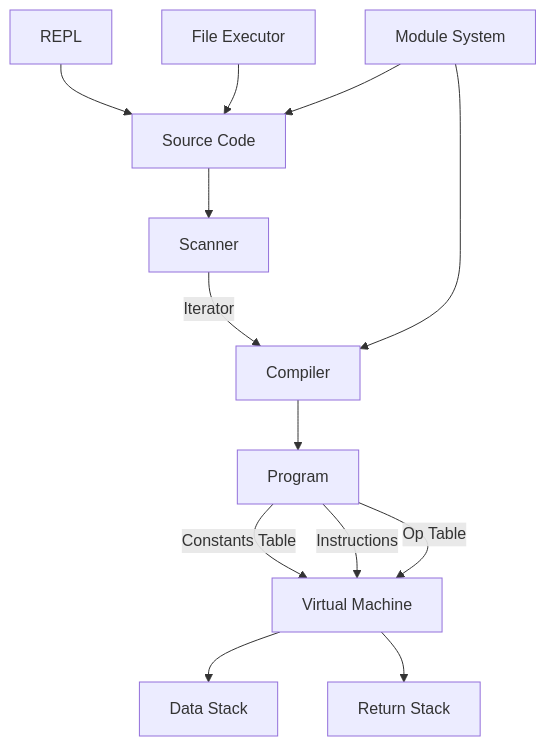
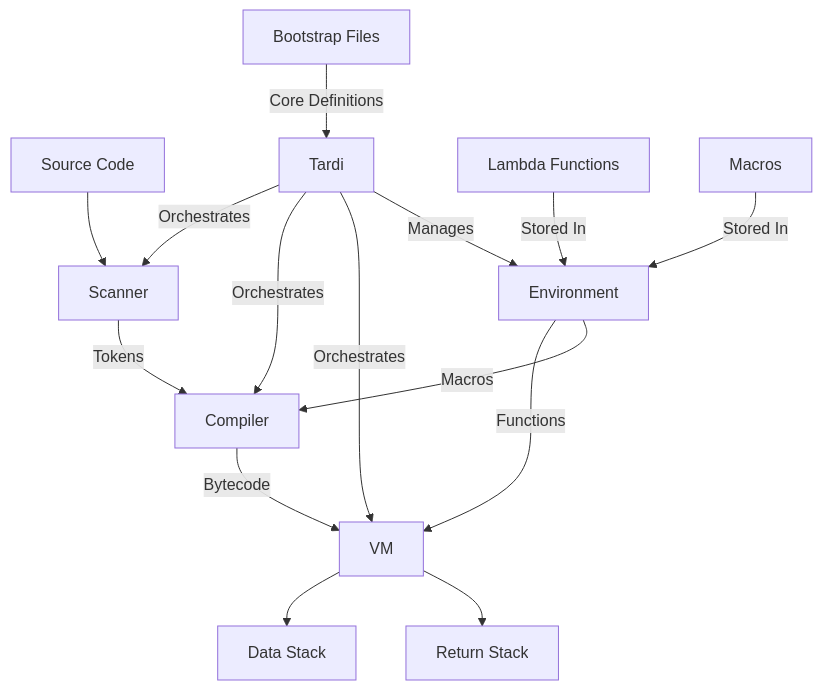
The diagram in cline_docs/system_patterns.md (erochest/tardi), drawn with Mermaid before and after one commit. The commit also changed other lines of this file and 6 other files, not shown here.

````diff
--- a/cline_docs/system_patterns.md
+++ b/cline_docs/system_patterns.md
@@ -39,15 +59,21 @@
 ```mermaid
 graph TD
     A[Source Code] --> B[Scanner]
-    B --> |Iterator<Token>| C[Compiler]
-    C --> D[Program]
-    D --> |Constants Table| E[Virtual Machine]
-    D --> |Instructions| E
-    D --> |Op Table| E
-    E --> F[Data Stack]
-    E --> G[Return Stack]
-    H[REPL] --> A
-    I[File Executor] --> A
-    J[Module System] --> A
-    J --> C
+    B --> |Tokens| C[Compiler]
+    C --> |Bytecode| D[VM]
+    
+    E[Environment] --> |Functions| D
+    E --> |Macros| C
+    
+    F[Bootstrap Files] --> |Core Definitions| G[Tardi]
+    G --> |Orchestrates| B
+    G --> |Orchestrates| C
+    G --> |Orchestrates| D
+    G --> |Manages| E
+    
+    D --> H[Data Stack]
+    D --> I[Return Stack]
+    
+    J[Lambda Functions] --> |Stored In| E
+    K[Macros] --> |Stored In| E
 ```
````
